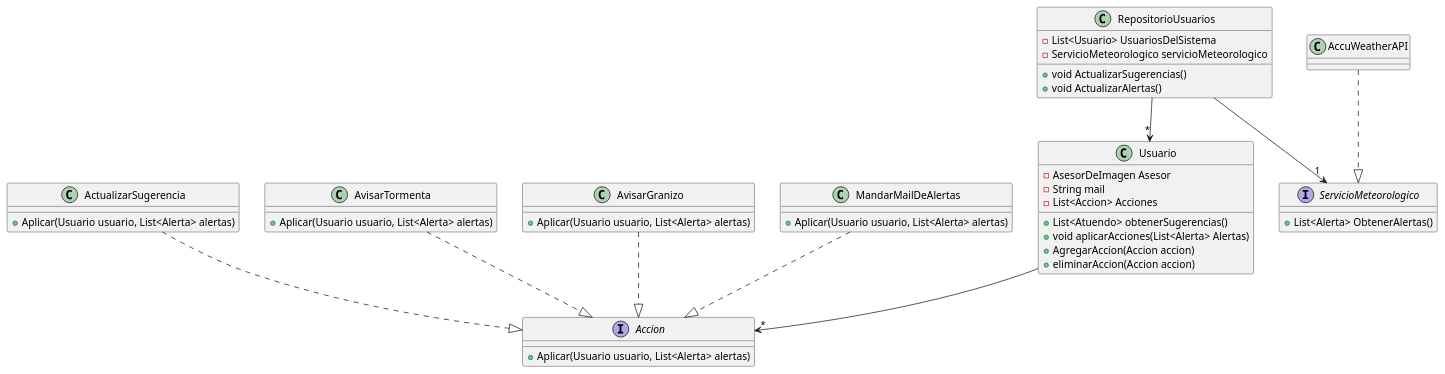
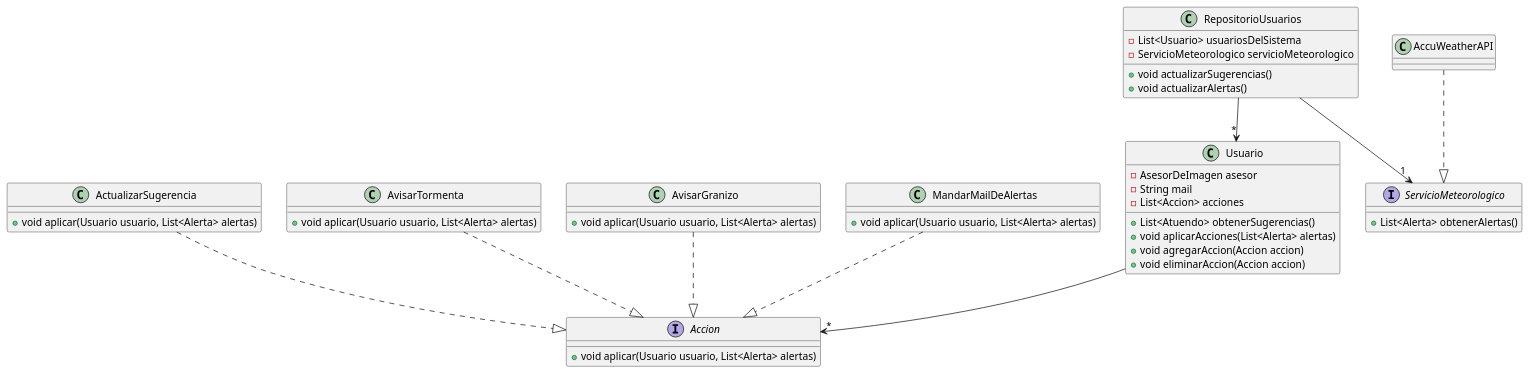
Before and after one commit to AlejandroDeheza/QMP-VI: the diagram in diagrama.plantuml, drawn with PlantUML. The commit also changed 2 other files, not shown here.

```diff
--- a/diagrama.plantuml
+++ b/diagrama.plantuml
@@ -1,57 +1,57 @@
 @startuml
 class Usuario {
-	-AsesorDeImagen Asesor
+	-AsesorDeImagen asesor
     -String mail
-    -List<Accion> Acciones
+    -List<Accion> acciones
 
 	+List<Atuendo> obtenerSugerencias()
-	+void aplicarAcciones(List<Alerta> Alertas)
-    +AgregarAccion(Accion accion)
-    +eliminarAccion(Accion accion)
+	+void aplicarAcciones(List<Alerta> alertas)
+    +void agregarAccion(Accion accion)
+    +void eliminarAccion(Accion accion)
 }
 
 class RepositorioUsuarios {
-    -List<Usuario> UsuariosDelSistema
+    -List<Usuario> usuariosDelSistema
     -ServicioMeteorologico servicioMeteorologico
 
-	+void ActualizarSugerencias()
-	+void ActualizarAlertas()
+	+void actualizarSugerencias()
+	+void actualizarAlertas()
 }
 
 interface ServicioMeteorologico {
-	+List<Alerta> ObtenerAlertas()
+	+List<Alerta> obtenerAlertas()
 }
 
 interface Accion {
-	+Aplicar(Usuario usuario, List<Alerta> alertas)
+	+void aplicar(Usuario usuario, List<Alerta> alertas)
 }
 
 class ActualizarSugerencia{
-    +Aplicar(Usuario usuario, List<Alerta> alertas)
+    +void aplicar(Usuario usuario, List<Alerta> alertas)
 }
 
 class AvisarTormenta{
-    +Aplicar(Usuario usuario, List<Alerta> alertas)
+    +void aplicar(Usuario usuario, List<Alerta> alertas)
 }
 
 class AvisarGranizo{
-    +Aplicar(Usuario usuario, List<Alerta> alertas)
+    +void aplicar(Usuario usuario, List<Alerta> alertas)
 }
 
 class MandarMailDeAlertas{
-    +Aplicar(Usuario usuario, List<Alerta> alertas)
+    +void aplicar(Usuario usuario, List<Alerta> alertas)
 }
 
 Usuario --> "*" Accion
 
 RepositorioUsuarios --> "*" Usuario
 RepositorioUsuarios --> "1" ServicioMeteorologico
 
 AccuWeatherAPI ..|>  ServicioMeteorologico
 
 ActualizarSugerencia ..|>  Accion
 AvisarTormenta ..|>  Accion
 AvisarGranizo ..|>  Accion
 MandarMailDeAlertas ..|>  Accion
 
 @enduml
```
